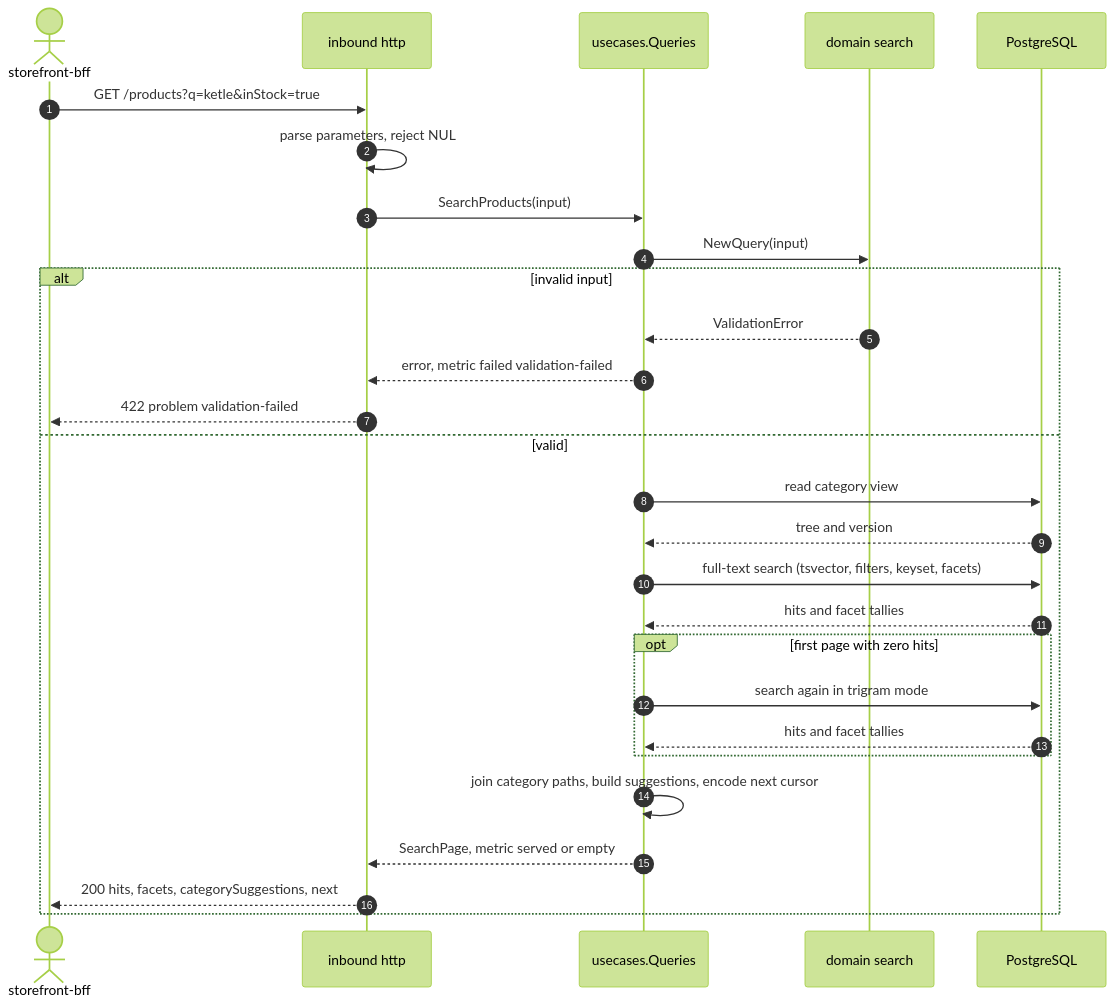
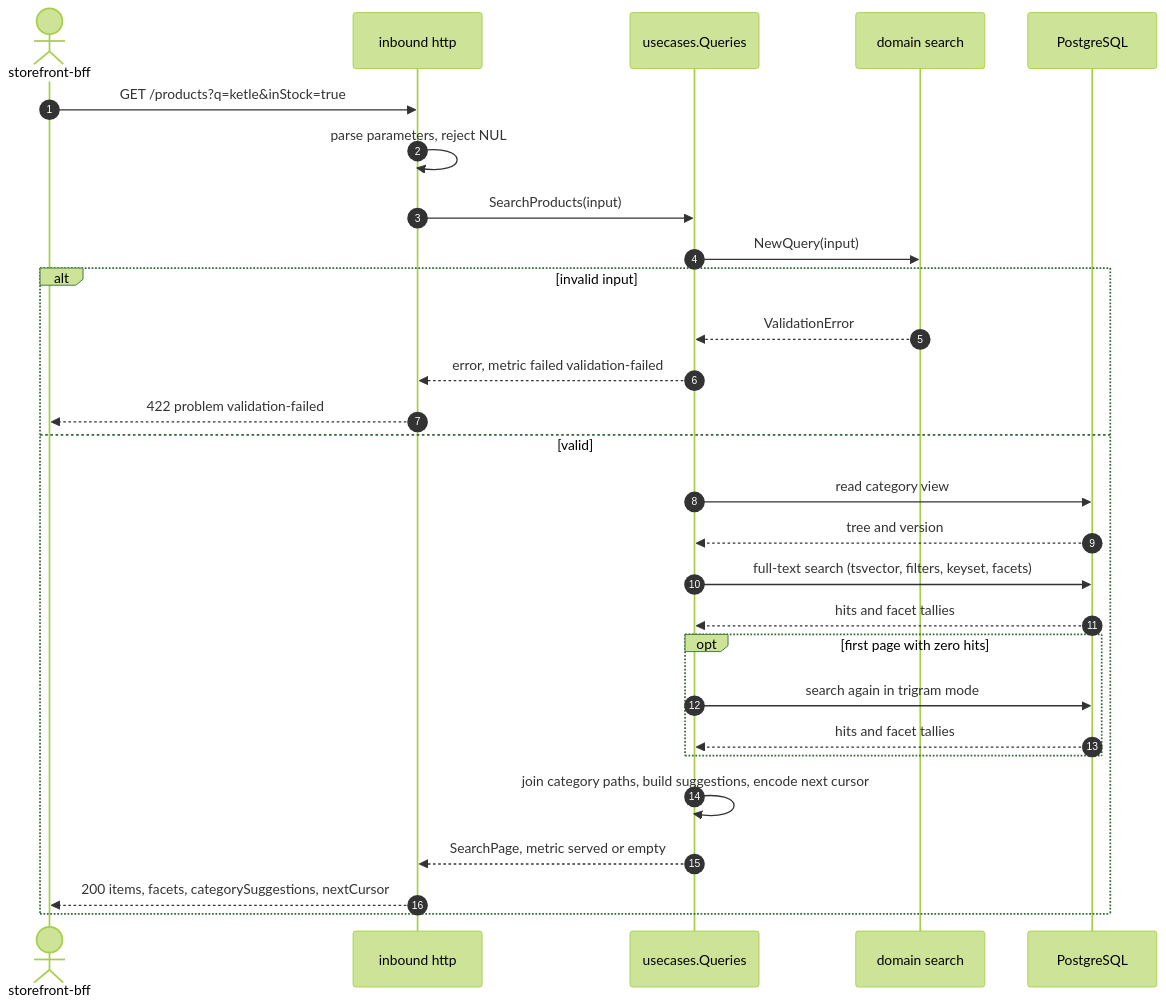
Before and after one commit to IQVO/product-discovery: the first of 7 diagrams in docs/docs/ddd/sequence-diagrams.md, drawn with Mermaid (forest theme). The commit also changed 4 other files, not shown here.

First line of the commit message:
docs: MCP search names the cursor cursor/items/nextCursor; refresh BDD counts

````diff
--- a/docs/docs/ddd/sequence-diagrams.md
+++ b/docs/docs/ddd/sequence-diagrams.md
@@ -15,30 +15,30 @@
 ```mermaid
 sequenceDiagram
   autonumber
   actor BFF as storefront-bff
   participant H as inbound http
   participant Q as usecases.Queries
   participant D as domain search
   participant PG as PostgreSQL
   BFF->>H: GET /products?q=ketle&inStock=true
   H->>H: parse parameters, reject NUL
   H->>Q: SearchProducts(input)
   Q->>D: NewQuery(input)
   alt invalid input
     D-->>Q: ValidationError
     Q-->>H: error, metric failed validation-failed
     H-->>BFF: 422 problem validation-failed
   else valid
     Q->>PG: read category view
     PG-->>Q: tree and version
     Q->>PG: full-text search (tsvector, filters, keyset, facets)
     PG-->>Q: hits and facet tallies
     opt first page with zero hits
       Q->>PG: search again in trigram mode
       PG-->>Q: hits and facet tallies
     end
     Q->>Q: join category paths, build suggestions, encode next cursor
     Q-->>H: SearchPage, metric served or empty
-    H-->>BFF: 200 hits, facets, categorySuggestions, next
+    H-->>BFF: 200 items, facets, categorySuggestions, nextCursor
   end
 ```
````
